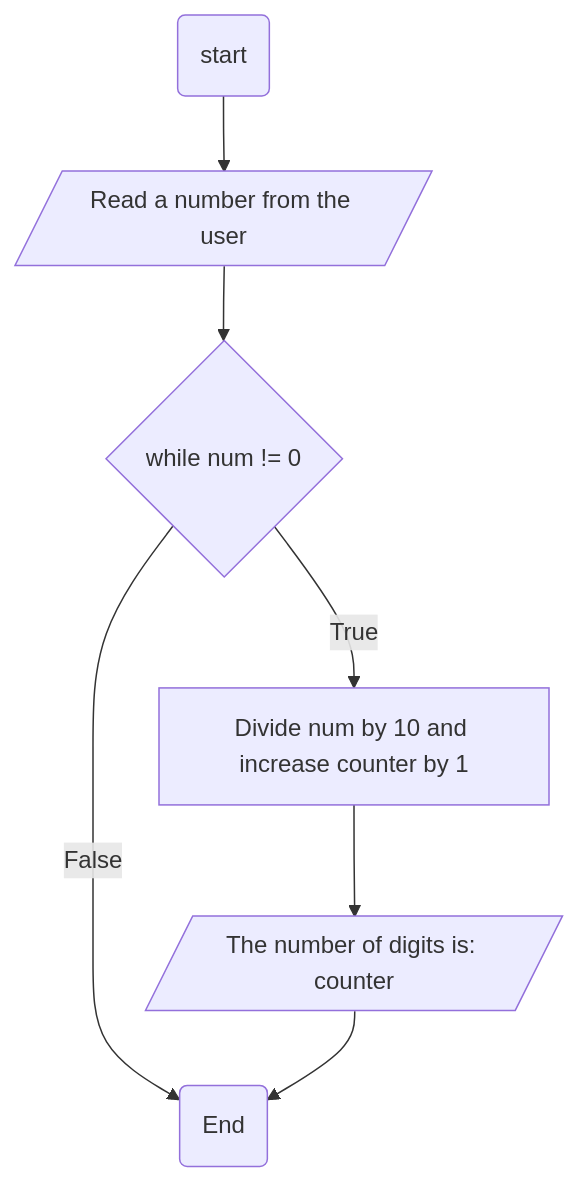
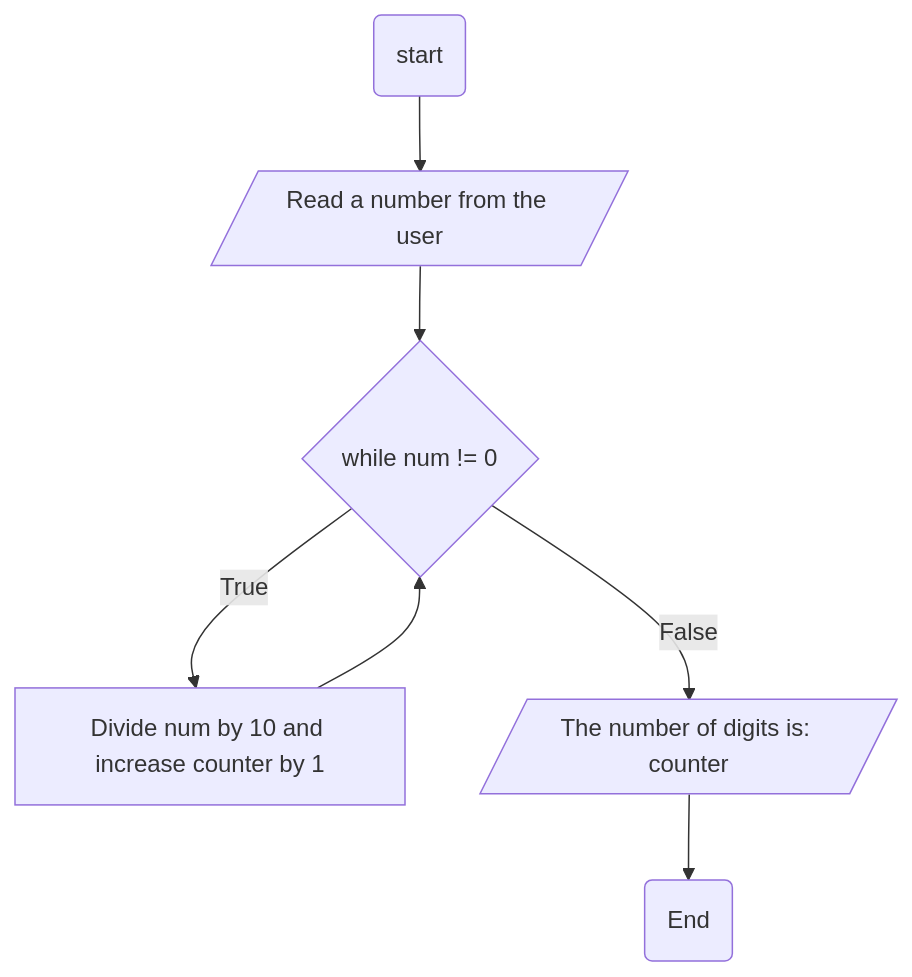
Before and after one commit to SWEG-2015EC-Batch/Felix: the diagram in ETS1094_15_Nikodimos_Hunegn/Activity1_3/Number_of_digits.md, drawn with Mermaid.

````diff
--- a/ETS1094_15_Nikodimos_Hunegn/Activity1_3/Number_of_digits.md
+++ b/ETS1094_15_Nikodimos_Hunegn/Activity1_3/Number_of_digits.md
@@ -16,10 +16,10 @@
 ```mermaid
 
 graph TB
   start(start) --> get_num[/Read a number from the user/]
   get_num --> While_operation{"while num != 0"}
   While_operation -- True --> Internal_Operation[Divide num by 10 and increase counter by 1]
-  Internal_Operation --> Show_result[/The number of digits is: counter/]
-  While_operation -- False --> Final(End)
-  Show_result --> Final
+  Internal_Operation --> While_operation
+  While_operation -- False -->  Show_result[/The number of digits is: counter/]
+  Show_result --> Final(End)
 ```
````
